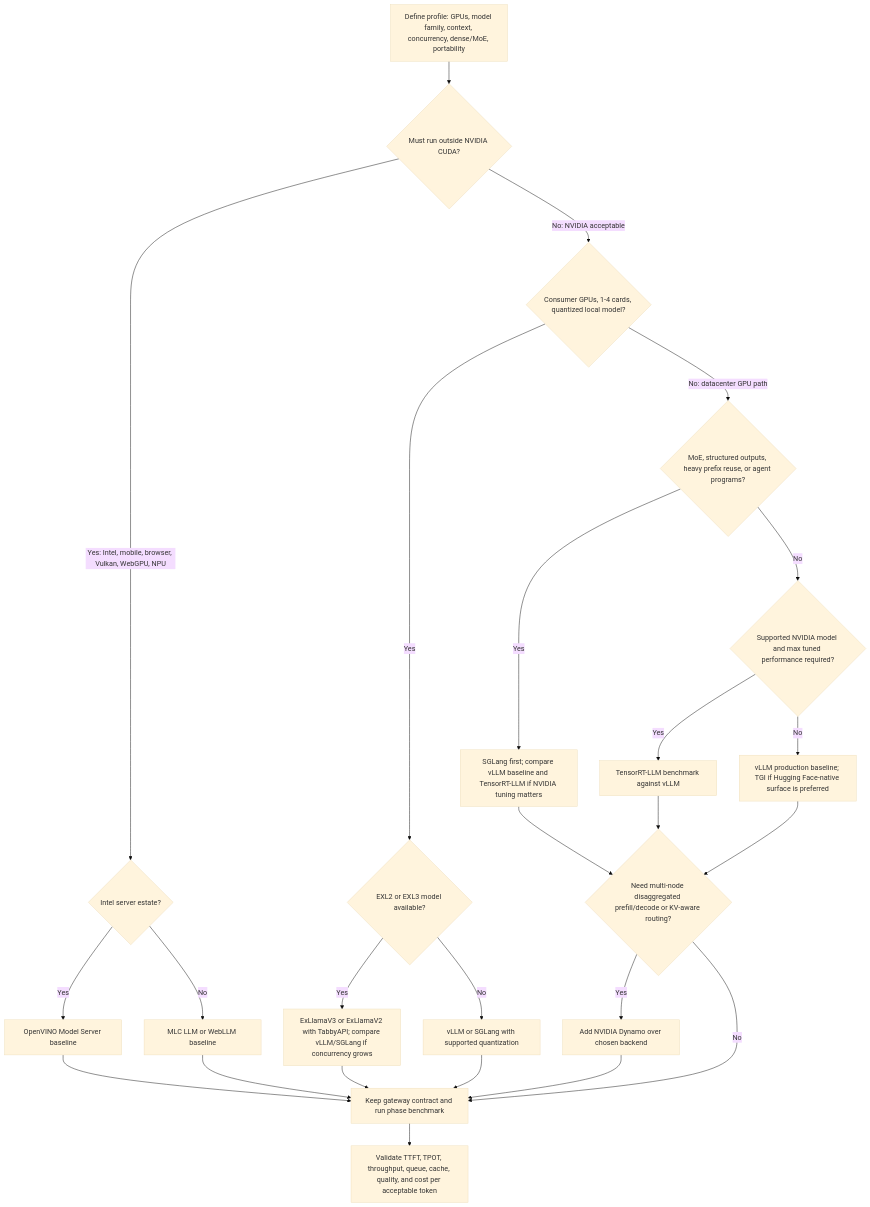
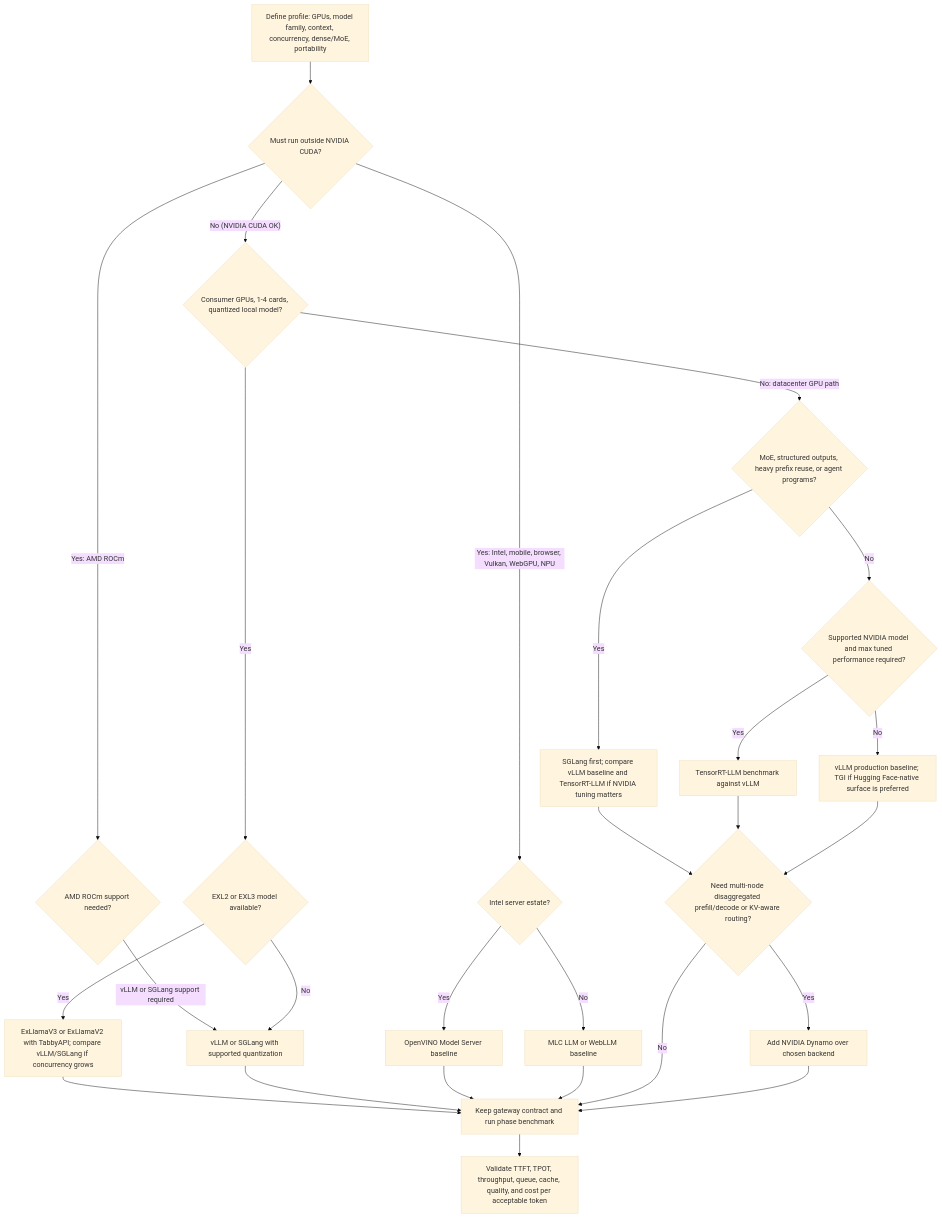
One commit to kube-dojo/kube-dojo changed the diagram in src/content/docs/ai-ml-engineering/ai-infrastructure/module-1.7-production-inference-engines.md. Above: the diagram before and after it, drawn with Mermaid (base theme). The commit also changed other lines of this file, not shown here.

Commit message:
fix(ai-infrastructure): round-2 reviewer fixups on PR #1388 — AMD/ROCm routing in decision tree + Next Module link + 3 nits

````diff
--- a/src/content/docs/ai-ml-engineering/ai-infrastructure/module-1.7-production-inference-engines.md
+++ b/src/content/docs/ai-ml-engineering/ai-infrastructure/module-1.7-production-inference-engines.md
@@ -295,27 +295,29 @@
 ```mermaid
 flowchart TD
     A["Define profile: GPUs, model family, context, concurrency, dense/MoE, portability"] --> B{"Must run outside NVIDIA CUDA?"}
+    B -- "Yes: AMD ROCm" --> AMD{"AMD ROCm support needed?"}
+    AMD -- "vLLM or SGLang support required" --> I["vLLM or SGLang with ROCm backend caveat"]
     B -- "Yes: Intel, mobile, browser, Vulkan, WebGPU, NPU" --> C{"Intel server estate?"}
     C -- "Yes" --> D["OpenVINO Model Server baseline"]
     C -- "No" --> E["MLC LLM or WebLLM baseline"]
-    B -- "No: NVIDIA acceptable" --> F{"Consumer GPUs, 1-4 cards, quantized local model?"}
+    B -- "No (NVIDIA CUDA OK)" --> F{"Consumer GPUs, 1-4 cards, quantized local model?"}
     F -- "Yes" --> G{"EXL2 or EXL3 model available?"}
     G -- "Yes" --> H["ExLlamaV3 or ExLlamaV2 with TabbyAPI; compare vLLM/SGLang if concurrency grows"]
     G -- "No" --> I["vLLM or SGLang with supported quantization"]
     F -- "No: datacenter GPU path" --> J{"MoE, structured outputs, heavy prefix reuse, or agent programs?"}
     J -- "Yes" --> K["SGLang first; compare vLLM baseline and TensorRT-LLM if NVIDIA tuning matters"]
     J -- "No" --> L{"Supported NVIDIA model and max tuned performance required?"}
     L -- "Yes" --> M["TensorRT-LLM benchmark against vLLM"]
     L -- "No" --> N["vLLM production baseline; TGI if Hugging Face-native surface is preferred"]
     K --> O{"Need multi-node disaggregated prefill/decode or KV-aware routing?"}
     M --> O
     N --> O
     H --> P["Keep gateway contract and run phase benchmark"]
     I --> P
     D --> P
     E --> P
     O -- "Yes" --> Q["Add NVIDIA Dynamo over chosen backend"]
     O -- "No" --> P
     Q --> P
     P --> R["Validate TTFT, TPOT, throughput, queue, cache, quality, and cost per acceptable token"]
 ```
````
